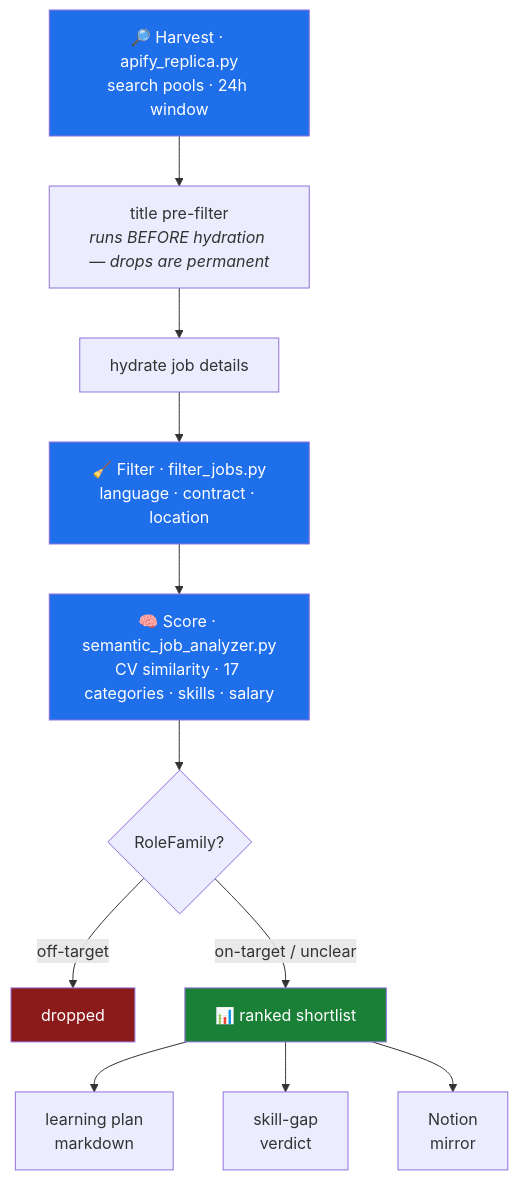
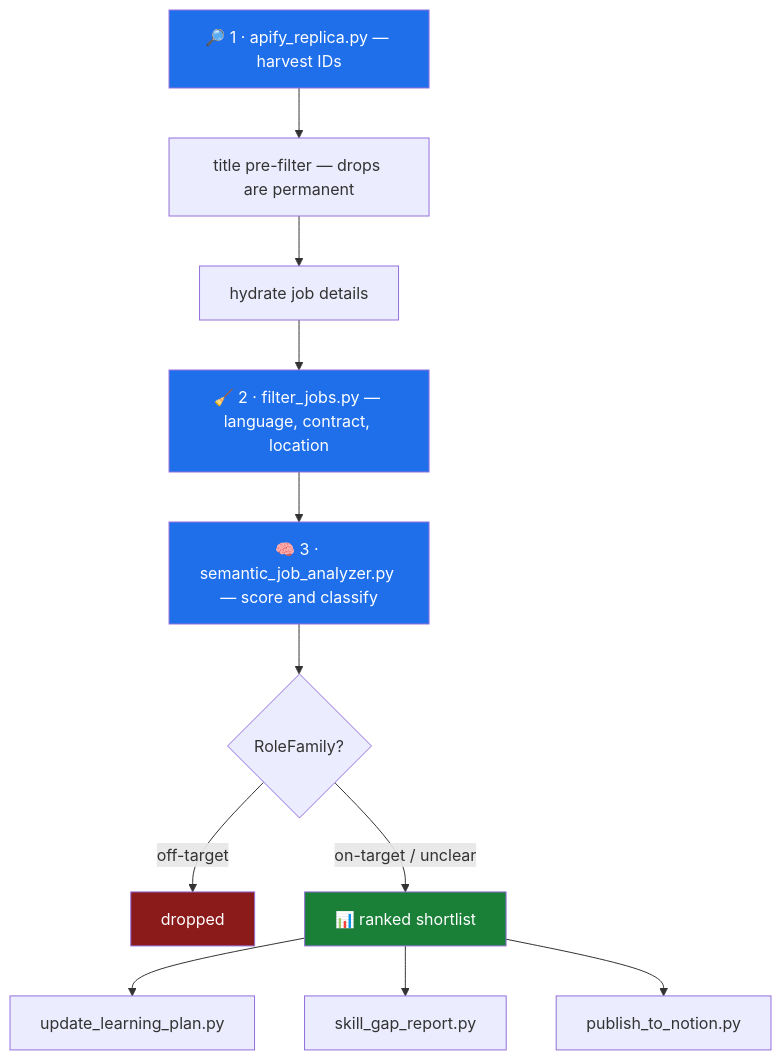
The diagram in public_overlay/README.md (ok-karthik/job-market-radar), drawn with Mermaid before and after one commit. The commit also changed 1 other file, not shown here.

Commit message:
sync: fix jumbled mermaid labels

````diff
--- a/public_overlay/README.md
+++ b/public_overlay/README.md
@@ -25,19 +25,19 @@
 ```mermaid
 flowchart TD
-    A["🔎 Harvest · apify_replica.py<br/>search pools · 24h window"] --> B["title pre-filter<br/><i>runs BEFORE hydration — drops are permanent</i>"]
+    A["🔎 1 · apify_replica.py — harvest IDs"] --> B["title pre-filter — drops are permanent"]
     B --> C["hydrate job details"]
-    C --> D["🧹 Filter · filter_jobs.py<br/>language · contract · location"]
-    D --> E["🧠 Score · semantic_job_analyzer.py<br/>CV similarity · 17 categories · skills · salary"]
+    C --> D["🧹 2 · filter_jobs.py — language, contract, location"]
+    D --> E["🧠 3 · semantic_job_analyzer.py — score and classify"]
     E --> F{"RoleFamily?"}
-    F -->|off-target| G["dropped"]
-    F -->|on-target / unclear| H["📊 ranked shortlist"]
-    H --> I["learning plan<br/>markdown"]
-    H --> J["skill-gap<br/>verdict"]
-    H --> K["Notion<br/>mirror"]
+    F -->|"off-target"| G["dropped"]
+    F -->|"on-target / unclear"| H["📊 ranked shortlist"]
+    H --> I["update_learning_plan.py"]
+    H --> J["skill_gap_report.py"]
+    H --> K["publish_to_notion.py"]
 
     style A fill:#1f6feb,color:#fff
     style D fill:#1f6feb,color:#fff
     style E fill:#1f6feb,color:#fff
     style G fill:#8b1a1a,color:#fff
     style H fill:#1a7f37,color:#fff
 ```
````
